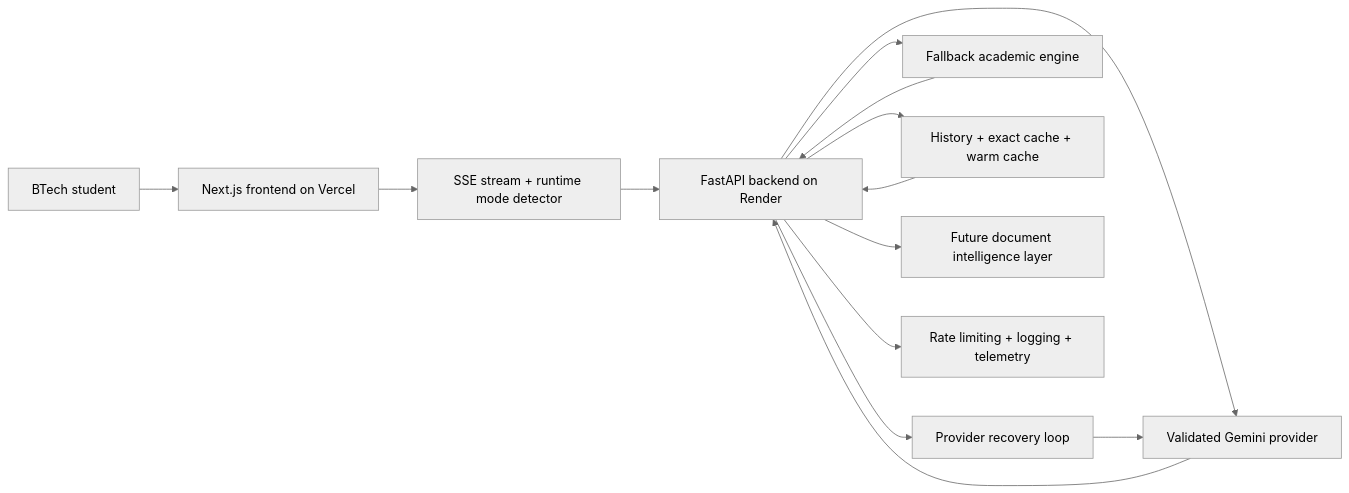
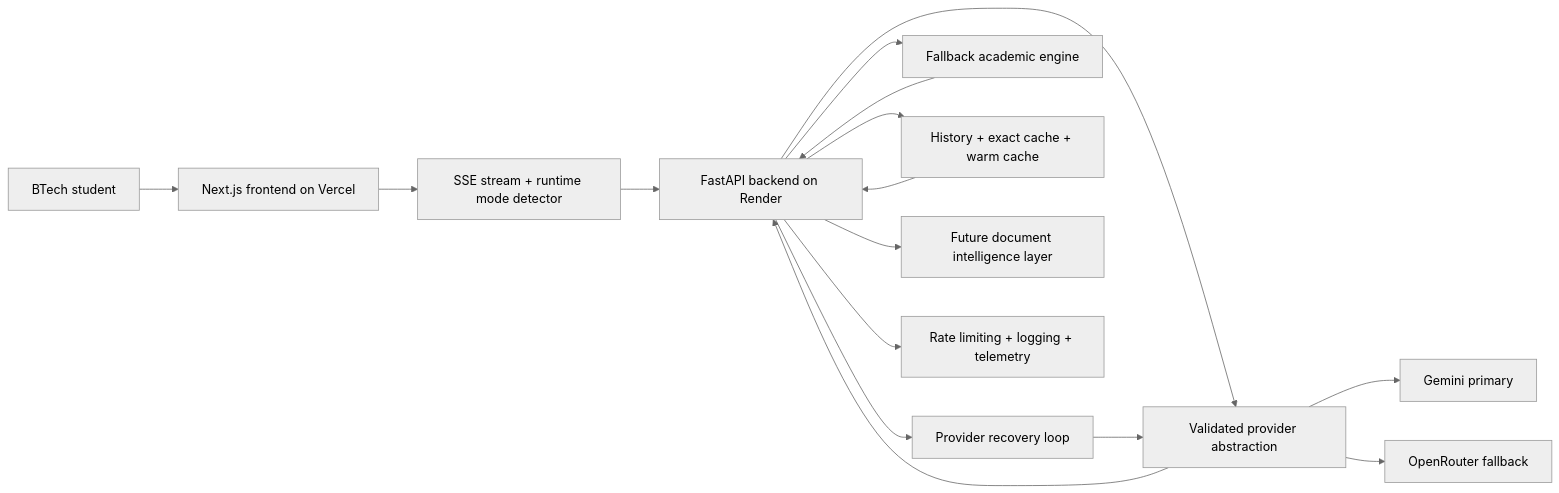
The diagram in README.md (tauqxxr7/scholr), drawn with Mermaid (neutral theme) before and after one commit. The commit also changed other lines of this file and 6 other files, not shown here.

Commit message:
Add Scholr multi-provider generation fallback

````diff
--- a/README.md
+++ b/README.md
@@ -201,16 +203,18 @@
 ```mermaid
 flowchart LR
     User["BTech student"] --> Frontend["Next.js frontend on Vercel"]
     Frontend --> Stream["SSE stream + runtime mode detector"]
     Stream --> Backend["FastAPI backend on Render"]
-    Backend --> Provider["Validated Gemini provider"]
+    Backend --> Provider["Validated provider abstraction"]
     Backend --> Recovery["Provider recovery loop"]
     Backend --> Fallback["Fallback academic engine"]
     Backend --> Cache["History + exact cache + warm cache"]
     Backend --> RAG["Future document intelligence layer"]
     Backend --> Logs["Rate limiting + logging + telemetry"]
+    Provider --> Gemini["Gemini primary"]
+    Provider --> OpenRouter["OpenRouter fallback"]
     Provider --> Backend
     Recovery --> Provider
     Fallback --> Backend
     Cache --> Backend
 ```
````
